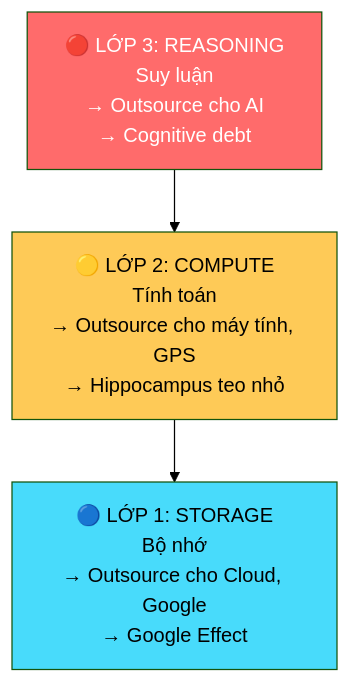
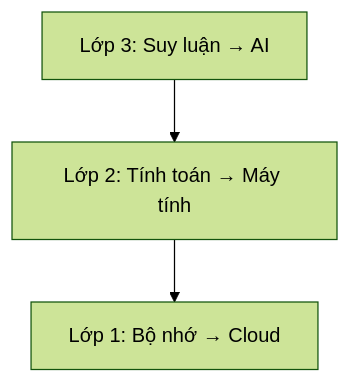
One commit to dyukahi/knowledge changed the first of 2 diagrams in mental-models/Bộ Não Rỗng và AI Brain Rot.md. Above: the diagram before and after it, drawn with Mermaid (forest theme). The commit also changed other lines of this file, not shown here.

Commit message:
Simplify Mermaid diagrams: no custom colors, clean text

````diff
--- a/mental-models/Bộ Não Rỗng và AI Brain Rot.md
+++ b/mental-models/Bộ Não Rỗng và AI Brain Rot.md
@@ -47,12 +47,8 @@
 ```mermaid
 flowchart TB
-    L3["🔴 LỚP 3: REASONING<br/>Suy luận<br/>→ Outsource cho AI<br/>→ Cognitive debt"]
-    L2["🟡 LỚP 2: COMPUTE<br/>Tính toán<br/>→ Outsource cho máy tính, GPS<br/>→ Hippocampus teo nhỏ"]
-    L1["🔵 LỚP 1: STORAGE<br/>Bộ nhớ<br/>→ Outsource cho Cloud, Google<br/>→ Google Effect"]
+    L3[Lớp 3: Suy luận → AI]
+    L2[Lớp 2: Tính toán → Máy tính]
+    L1[Lớp 1: Bộ nhớ → Cloud]
     
     L3 --> L2 --> L1
-    
-    style L3 fill:#ff6b6b,color:#fff
-    style L2 fill:#feca57,color:#000
-    style L1 fill:#48dbfb,color:#000
 ```
````
